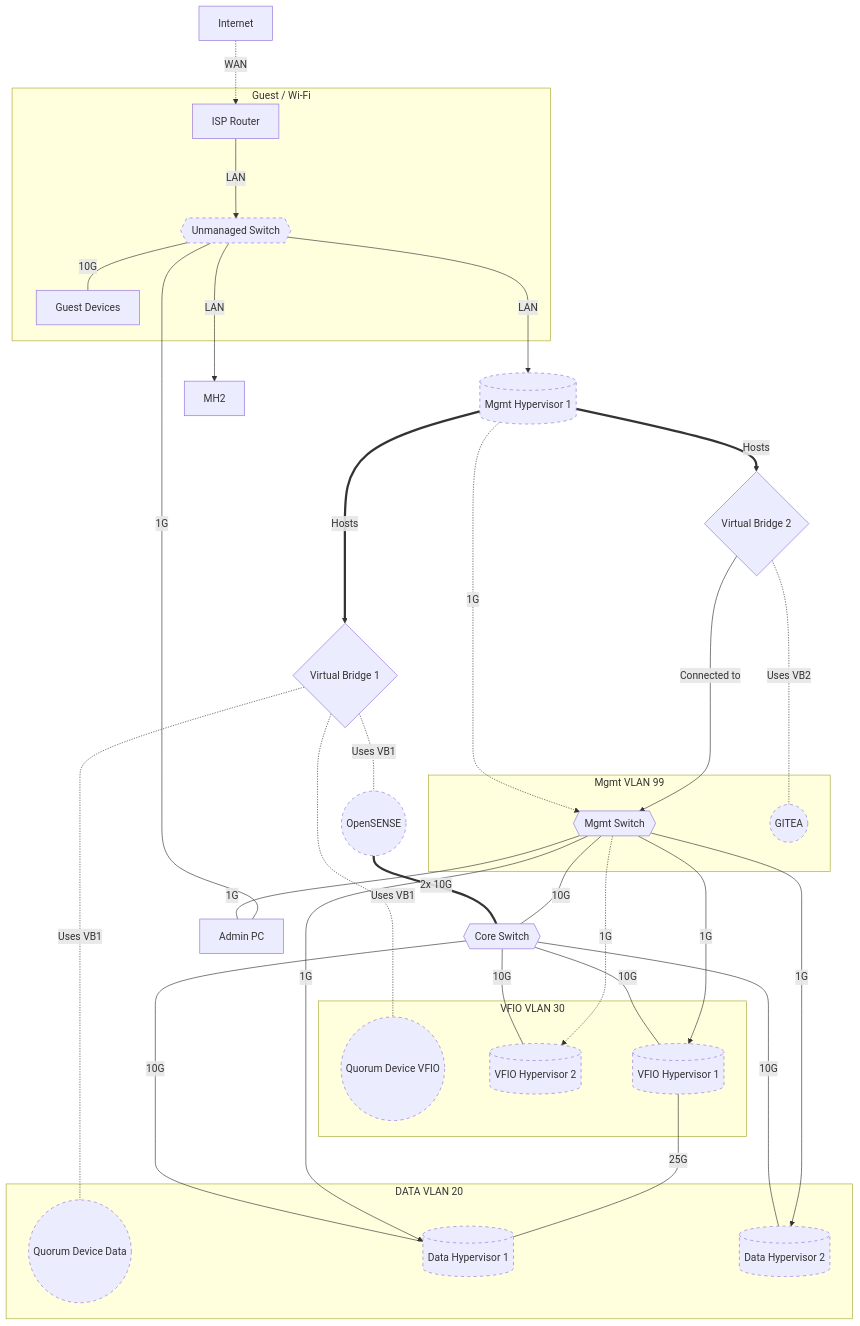
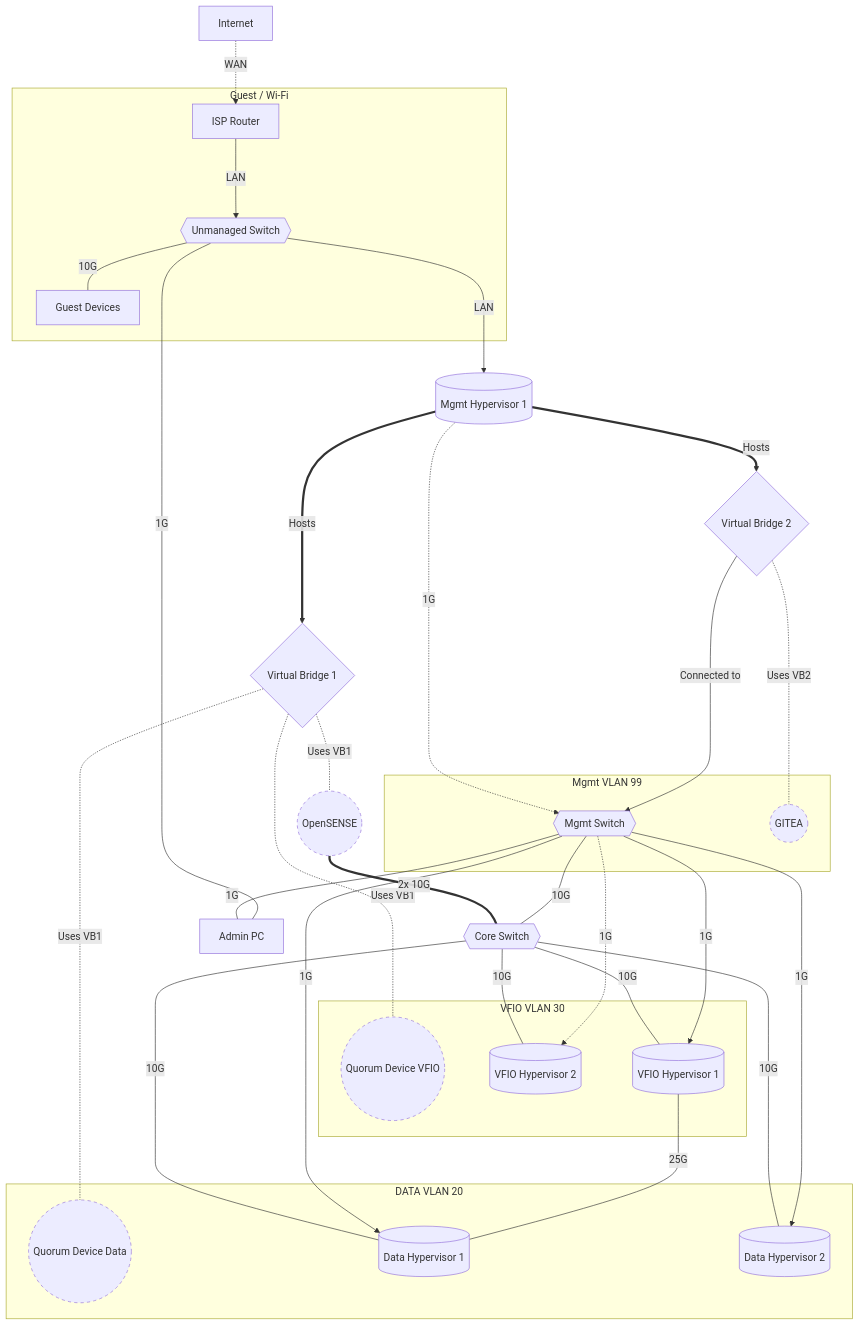
The diagram in alp/netop.md (woeiru/lab), drawn with Mermaid before and after one commit.

Commit message:
alp/netop.md: remove MH2 and simplify punctuated class

````diff
--- a/alp/netop.md
+++ b/alp/netop.md
@@ -3,50 +3,49 @@
 ```mermaid
 graph TD
     INT[Internet] -.-> |WAN| ISPR[ISP Router]
     ISPR ---> |LAN| US
     US{{Unmanaged Switch}} ---> |LAN| MH1
-    US ---> |LAN| MH2
     VB1{Virtual Bridge 1} -.- |"Uses VB1"| QDV((Quorum Device VFIO))
     VB1 -.- |"Uses VB1"| QDD((Quorum Device Data))
     VB1 -.- |"Uses VB1"| OPN((OpenSENSE))
     OPN ===|"2x 10G"| CS{{Core Switch}}
     MH1[(Mgmt Hypervisor 1)] -.-> |"1G"| MS{{Mgmt Switch}}
     MS --- |"10G"| CS
     MS ---|"1G"| APC[Admin PC]
     APC ---|"1G"| US
     MH1 ==>|"Hosts"| VB1
     MH1 ==>|"Hosts"| VB2{Virtual Bridge 2}
     VB2 -.- |"Uses VB2"| GIT((GITEA))
     VB2 ---> |"Connected to"| MS
     CS ---|"10G"| VH2[(VFIO Hypervisor 2)]
     MS -.->|"1G"| VH2
     US ---|"10G"| GD[Guest Devices]
     CS ---|"10G"| VH1[(VFIO Hypervisor 1)]
     MS --->|"1G"| VH1
     CS ---|"10G"| DH1[(Data Hypervisor 1)]
     MS --->|"1G"| DH1
     CS ---|"10G"| DH2[(Data Hypervisor 2)]
     MS --->|"1G"| DH2
     VH1 ---|"25G"| DH1
     subgraph VLAN20 [DATA VLAN 20]
         DH1
         DH2
         QDD
     end
     subgraph VLAN30 [VFIO VLAN 30]
         VH1
         VH2
         QDV
     end
     subgraph VLAN99 [Mgmt VLAN 99]
         MS
         GIT
     end
     subgraph Guest [Guest / Wi-Fi]
         ISPR
         GD
         US
     end
     classDef punctuated stroke-dasharray: 5 5;
-    class US,MH1,VH1,VH2,DH1,DH2,GIT,QDV,QDD,OPN punctuated;
+    class GIT,QDV,QDD,OPN punctuated;
 ```
````
